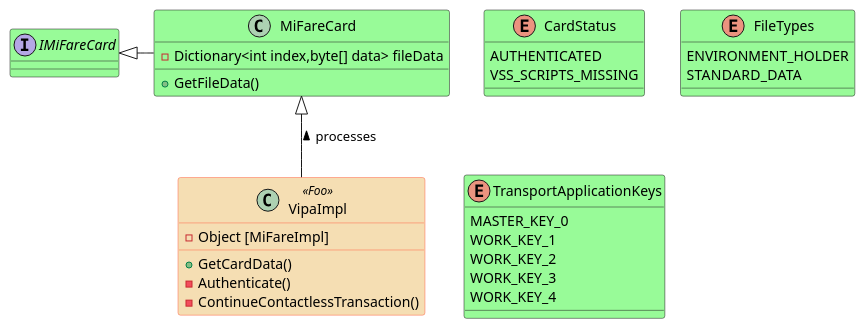
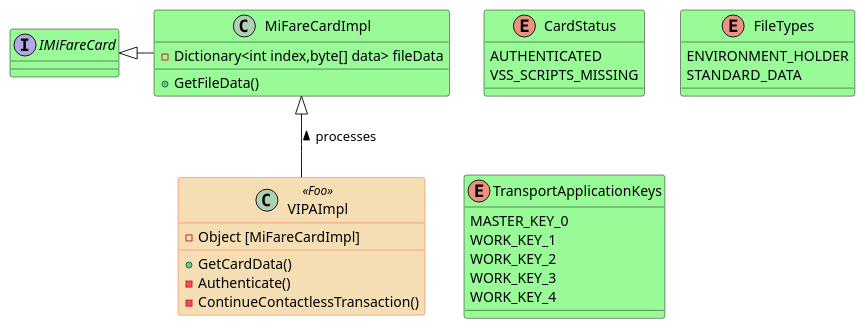
One commit to web-projects/MIFARE_APP changed the diagram in Documentation/ClassDiagram/MiFareCard.puml. Above: the diagram before and after it, drawn with PlantUML. The commit also changed 5 other files, not shown here.

```diff
--- a/Documentation/ClassDiagram/MiFareCard.puml
+++ b/Documentation/ClassDiagram/MiFareCard.puml
@@ -1,49 +1,49 @@
 @startuml
 'https://plantuml.com/class-diagram
 
 ' reference
 ' https://plantuml.com/class-diagram
 
 interface IMiFareCard
 
-IMiFareCard <|- MiFareCard
-MiFareCard <|-- VipaImpl : < processes
+IMiFareCard <|- MiFareCardImpl
+MiFareCardImpl <|-- VIPAImpl : < processes
 
 skinparam class {
     BackgroundColor PaleGreen
     ArrowColor SeaGreen
     'BorderColor Red
     BackgroundColor<<Foo>> Wheat
     BorderColor<<Foo>> Tomato
 }
 
-class MiFareCard {
+class MiFareCardImpl {
     -Dictionary<int index,byte[] data> fileData
     +GetFileData()
 }
 
-class VipaImpl <<Foo>> {
-    -Object [MiFareImpl]
+class VIPAImpl <<Foo>> {
+    -Object [MiFareCardImpl]
     +GetCardData()
     -Authenticate()
     -ContinueContactlessTransaction()
 }
 
 enum CardStatus {
     AUTHENTICATED
     VSS_SCRIPTS_MISSING
 }
 
 enum FileTypes {
     ENVIRONMENT_HOLDER
     STANDARD_DATA
 }
 
 enum TransportApplicationKeys {
     MASTER_KEY_0
     WORK_KEY_1
     WORK_KEY_2
     WORK_KEY_3
     WORK_KEY_4
 }
 @enduml
```
